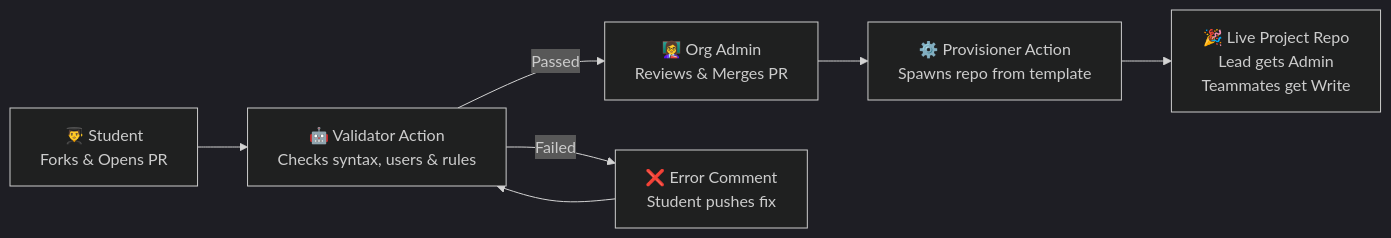
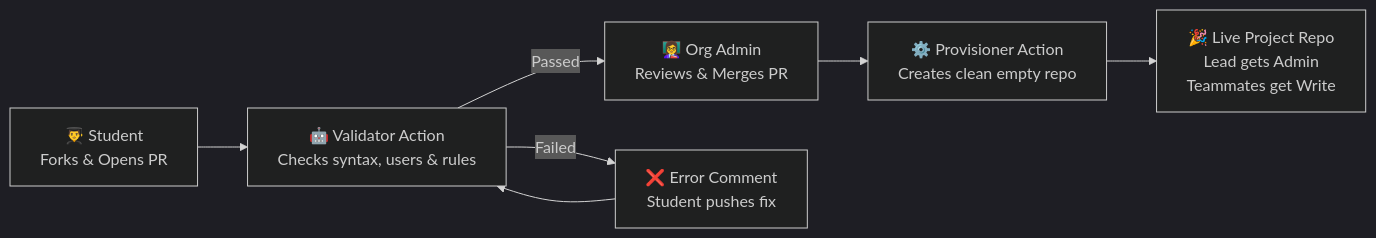
Before and after one commit to BlackBossX/project-requests: the diagram in README.md, drawn with Mermaid (dark theme). The commit also changed other lines of this file and 3 other files, not shown here.

Commit message:
feat: provision fresh empty repository instead of template

````diff
--- a/README.md
+++ b/README.md
@@ -12,9 +12,9 @@
 ```mermaid
 flowchart LR
     A["👨‍🎓 Student<br/>Forks & Opens PR"] --> B["🤖 Validator Action<br/>Checks syntax, users & rules"]
     B -->|Passed| C["👩‍🏫 Org Admin<br/>Reviews & Merges PR"]
     B -->|Failed| D["❌ Error Comment<br/>Student pushes fix"]
     D --> B
-    C --> E["⚙️ Provisioner Action<br/>Spawns repo from template"]
+    C --> E["⚙️ Provisioner Action<br/>Creates clean empty repo"]
     E --> F["🎉 Live Project Repo<br/>Lead gets Admin<br/>Teammates get Write"]
 ```
````
